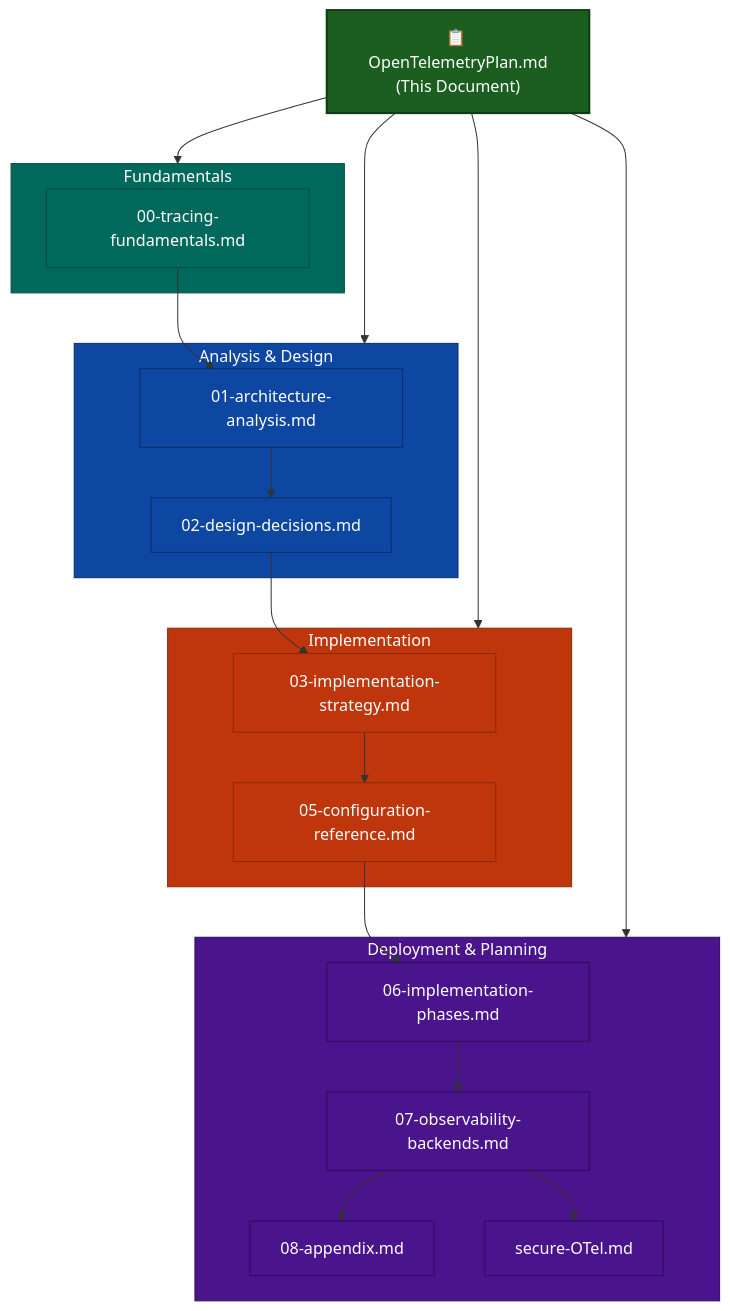
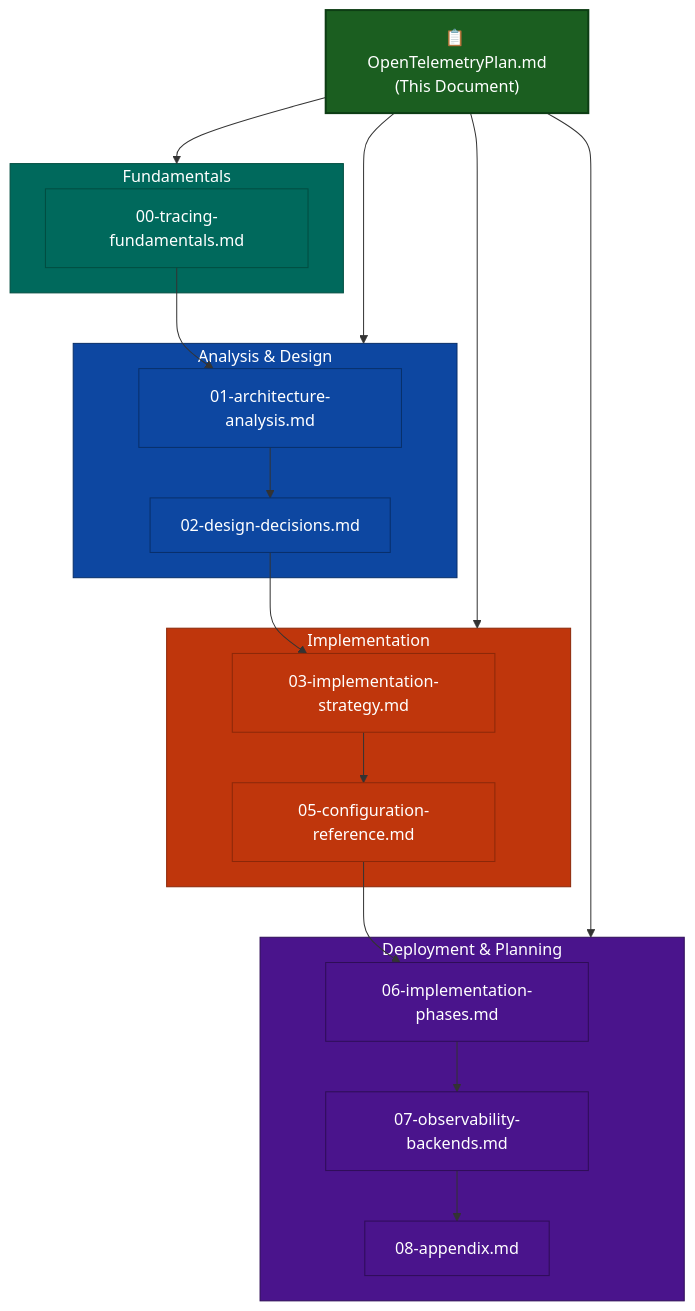
One commit to XRPLF/rippled changed the diagram in OpenTelemetryPlan/OpenTelemetryPlan.md. Above: the diagram before and after it, drawn with Mermaid. The commit also changed other lines of this file and 4 other files, not shown here.

````diff
--- a/OpenTelemetryPlan/OpenTelemetryPlan.md
+++ b/OpenTelemetryPlan/OpenTelemetryPlan.md
@@ -34,54 +34,51 @@
 ```mermaid
 flowchart TB
     overview["📋 OpenTelemetryPlan.md<br/>(This Document)"]
 
     subgraph fundamentals["Fundamentals"]
         fund["00-tracing-fundamentals.md"]
     end
 
     subgraph analysis["Analysis & Design"]
         arch["01-architecture-analysis.md"]
         design["02-design-decisions.md"]
     end
 
     subgraph impl["Implementation"]
         strategy["03-implementation-strategy.md"]
         config["05-configuration-reference.md"]
     end
 
     subgraph deploy["Deployment & Planning"]
         phases["06-implementation-phases.md"]
         backends["07-observability-backends.md"]
         appendix["08-appendix.md"]
-        secure["secure-OTel.md"]
     end
 
     overview --> fundamentals
     overview --> analysis
     overview --> impl
     overview --> deploy
 
     fund --> arch
     arch --> design
     design --> strategy
     strategy --> config
     config --> phases
     phases --> backends
     backends --> appendix
-    backends --> secure
 
     style overview fill:#1b5e20,stroke:#0d3d14,color:#fff,stroke-width:2px
     style fundamentals fill:#00695c,stroke:#004d40,color:#fff
     style fund fill:#00695c,stroke:#004d40,color:#fff
     style analysis fill:#0d47a1,stroke:#082f6a,color:#fff
     style impl fill:#bf360c,stroke:#8c2809,color:#fff
     style deploy fill:#4a148c,stroke:#2e0d57,color:#fff
     style arch fill:#0d47a1,stroke:#082f6a,color:#fff
     style design fill:#0d47a1,stroke:#082f6a,color:#fff
     style strategy fill:#bf360c,stroke:#8c2809,color:#fff
     style config fill:#bf360c,stroke:#8c2809,color:#fff
     style phases fill:#4a148c,stroke:#2e0d57,color:#fff
     style backends fill:#4a148c,stroke:#2e0d57,color:#fff
     style appendix fill:#4a148c,stroke:#2e0d57,color:#fff
-    style secure fill:#4a148c,stroke:#2e0d57,color:#fff
 ```
````
